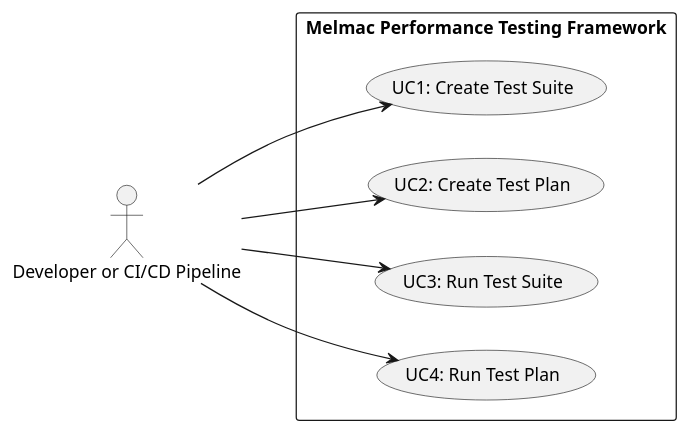
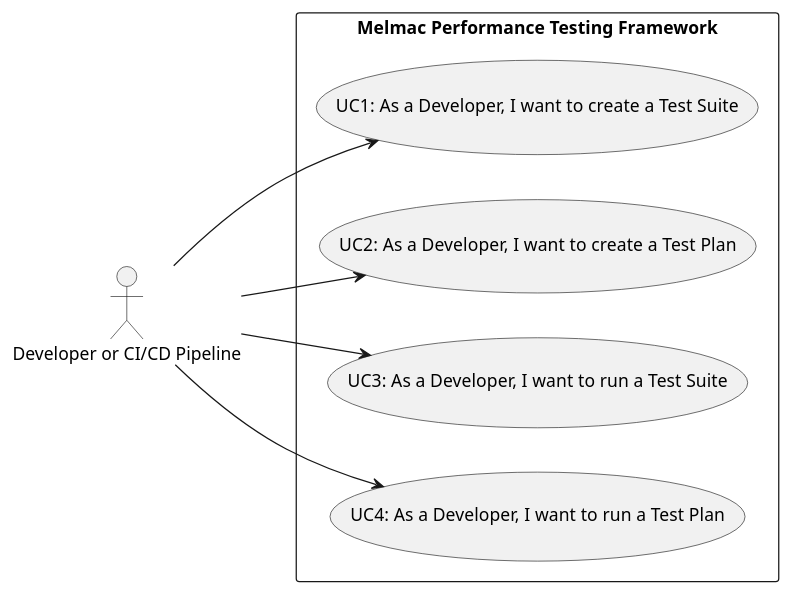
The diagram in docs/global-artifacts/01.requirements-engineering/puml/use-case-diagram.puml (Mindera/Alfie-Melmac-Performance-Testing), drawn with PlantUML before and after one commit. The commit also changed 1 other file, not shown here.

Commit message:
Updated Use Case Diagram

```diff
--- a/docs/global-artifacts/01.requirements-engineering/puml/use-case-diagram.puml
+++ b/docs/global-artifacts/01.requirements-engineering/puml/use-case-diagram.puml
@@ -1,18 +1,18 @@
 @startuml use-case-diagram
 left to right direction
 
 actor "Developer or CI/CD Pipeline" as Dev
 
 rectangle "Melmac Performance Testing Framework" {
-    usecase "UC1: Create Test Suite" as UC1
-    usecase "UC2: Create Test Plan" as UC2
-    usecase "UC3: Run Test Suite" as UC3
-    usecase "UC4: Run Test Plan" as UC4
+    usecase "UC1: As a Developer, I want to create a Test Suite" as UC1
+    usecase "UC2: As a Developer, I want to create a Test Plan" as UC2
+    usecase "UC3: As a Developer, I want to run a Test Suite" as UC3
+    usecase "UC4: As a Developer, I want to run a Test Plan" as UC4
 }
 
 Dev --> UC1
 Dev --> UC2
 Dev --> UC3
 Dev --> UC4
 
 @enduml
```
